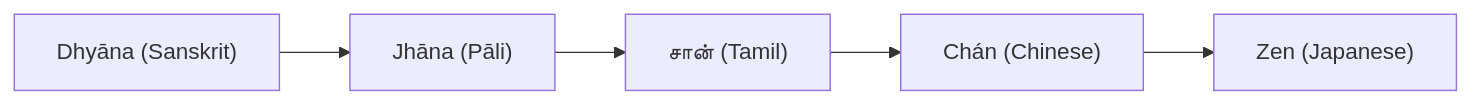
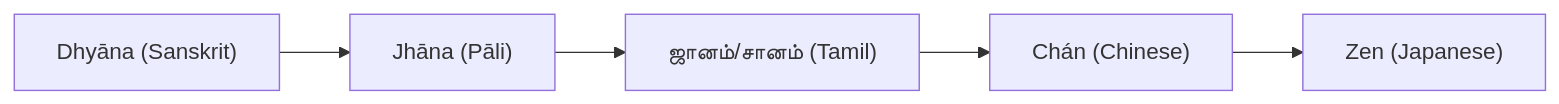
One commit to carun/tamil changed the diagram in glossary/01-etymology.rst. Above: the diagram before and after it, drawn with Mermaid. The commit also changed other lines of this file, not shown here.

```diff
--- a/glossary/01-etymology.rst
+++ b/glossary/01-etymology.rst
@@ -188,10 +186,10 @@
 .. mermaid::
 
     flowchart LR
         A["Dhyāna (Sanskrit)"]
         B["Jhāna (Pāli)"]
-        C["சான் (Tamil)"]
+        C["ஜானம்/சானம் (Tamil)"]
         D["Chán (Chinese)"]
         E["Zen (Japanese)"]
 
         A --> B --> C --> D --> E
```
